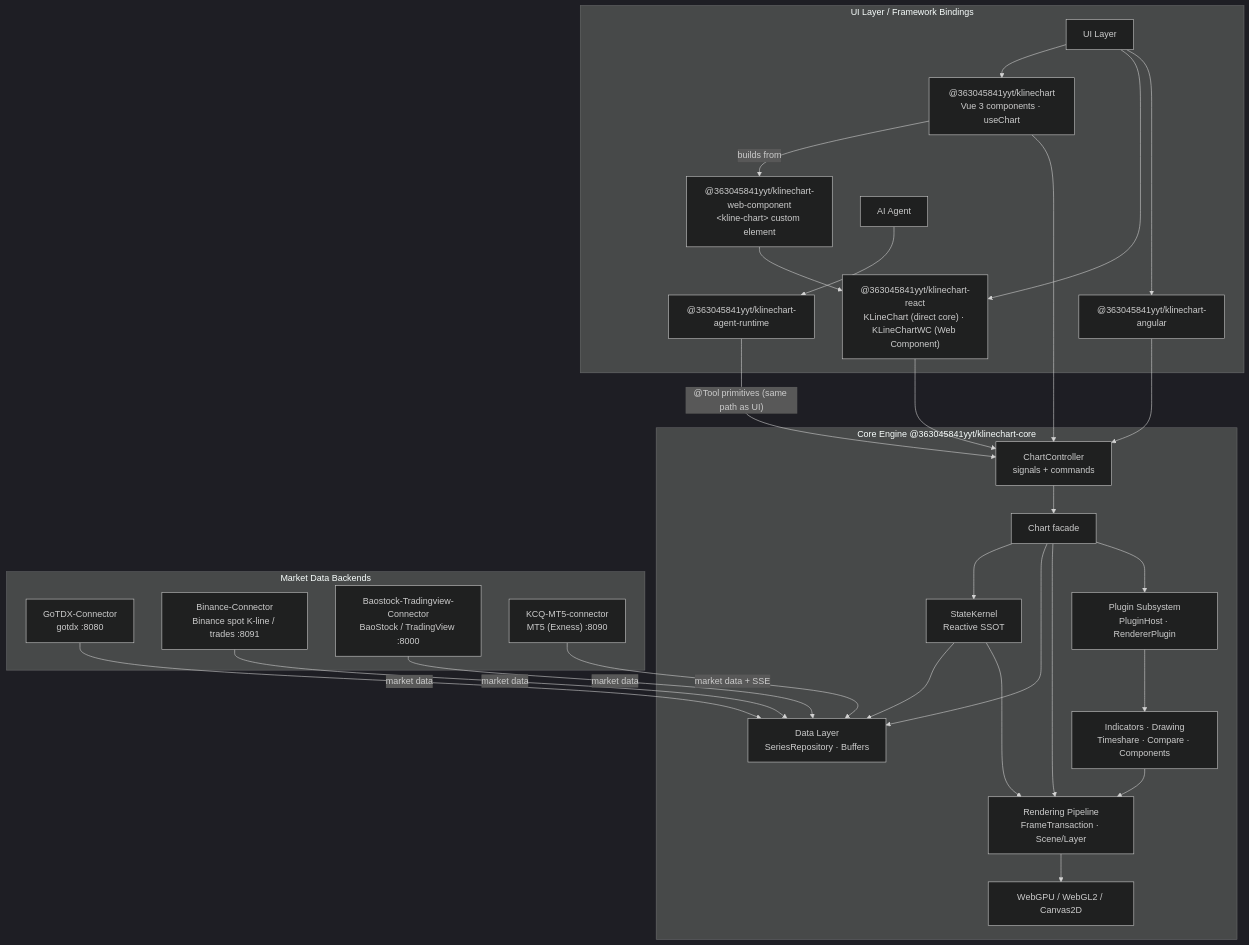
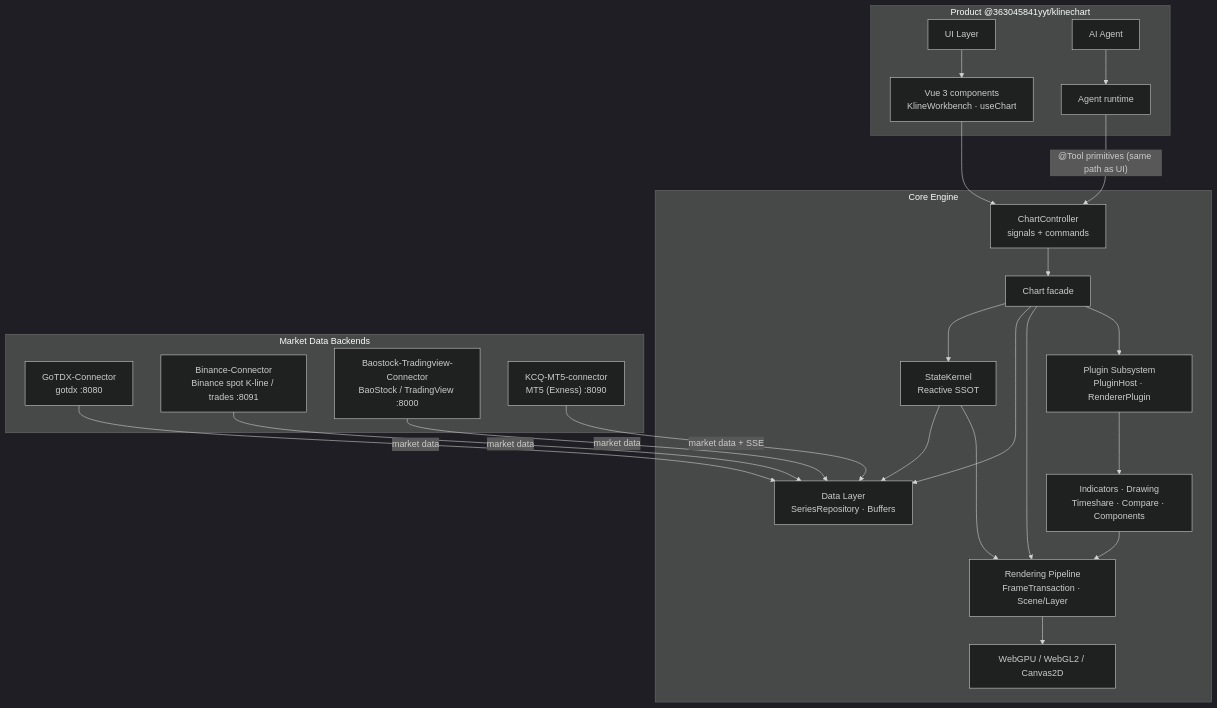
The diagram in README.md (363045841/KLineChartQuant), drawn with Mermaid (dark theme) before and after one commit. The commit also changed other lines of this file and 26 other files, not shown here.

````diff
--- a/README.md
+++ b/README.md
@@ -75,55 +76,46 @@
 ```mermaid
 flowchart TB
-    subgraph app["UI Layer / Framework Bindings"]
+    subgraph app["Product @363045841yyt/klinechart"]
         UI["UI Layer"]
-        VuePkg["@363045841yyt/klinechart<br/>Vue 3 components · useChart"]
-        WCPkg["@363045841yyt/klinechart-web-component<br/>&lt;kline-chart&gt; custom element"]
-        ReactPkg["@363045841yyt/klinechart-react<br/>KLineChart (direct core) · KLineChartWC (Web Component)"]
-        AngularPkg["@363045841yyt/klinechart-angular"]
+        VuePkg["Vue 3 components<br/>KlineWorkbench · useChart"]
         Agent["AI Agent"]
-        AgentRt["@363045841yyt/klinechart-agent-runtime"]
+        AgentRt["Agent runtime"]
     end
 
-    subgraph core["Core Engine @363045841yyt/klinechart-core"]
+    subgraph core["Core Engine"]
         Ctl["ChartController<br/>signals + commands"]
         Chart["Chart facade"]
         Kernel["StateKernel<br/>Reactive SSOT"]
         Data["Data Layer<br/>SeriesRepository · Buffers"]
         Pipe["Rendering Pipeline<br/>FrameTransaction · Scene/Layer"]
         GPU["WebGPU / WebGL2 / Canvas2D"]
         Plugin["Plugin Subsystem<br/>PluginHost · RendererPlugin"]
         Biz["Indicators · Drawing<br/>Timeshare · Compare · Components"]
     end
 
     subgraph conn["Market Data Backends"]
         Go["GoTDX-Connector<br/>gotdx :8080"]
         Bn["Binance-Connector<br/>Binance spot K-line / trades :8091"]
         Bs["Baostock-Tradingview-Connector<br/>BaoStock / TradingView :8000"]
         Mt["KCQ-MT5-connector<br/>MT5 (Exness) :8090"]
     end
 
     UI --> VuePkg
-    UI --> ReactPkg
-    UI --> AngularPkg
-    VuePkg -->|"builds from"| WCPkg
-    WCPkg --> ReactPkg
     Agent --> AgentRt
     VuePkg --> Ctl
-    ReactPkg --> Ctl
-    AngularPkg --> Ctl
     AgentRt -->|"@Tool primitives (same path as UI)"| Ctl
     Ctl --> Chart
     Chart --> Kernel
     Chart --> Data
     Chart --> Pipe
     Chart --> Plugin
     Plugin --> Biz
     Biz --> Pipe
     Pipe --> GPU
     Go -->|market data| Data
     Bn -->|market data| Data
     Bs -->|market data| Data
     Mt -->|"market data + SSE"| Data
     Kernel --> Data
     Kernel --> Pipe
 ```
````
